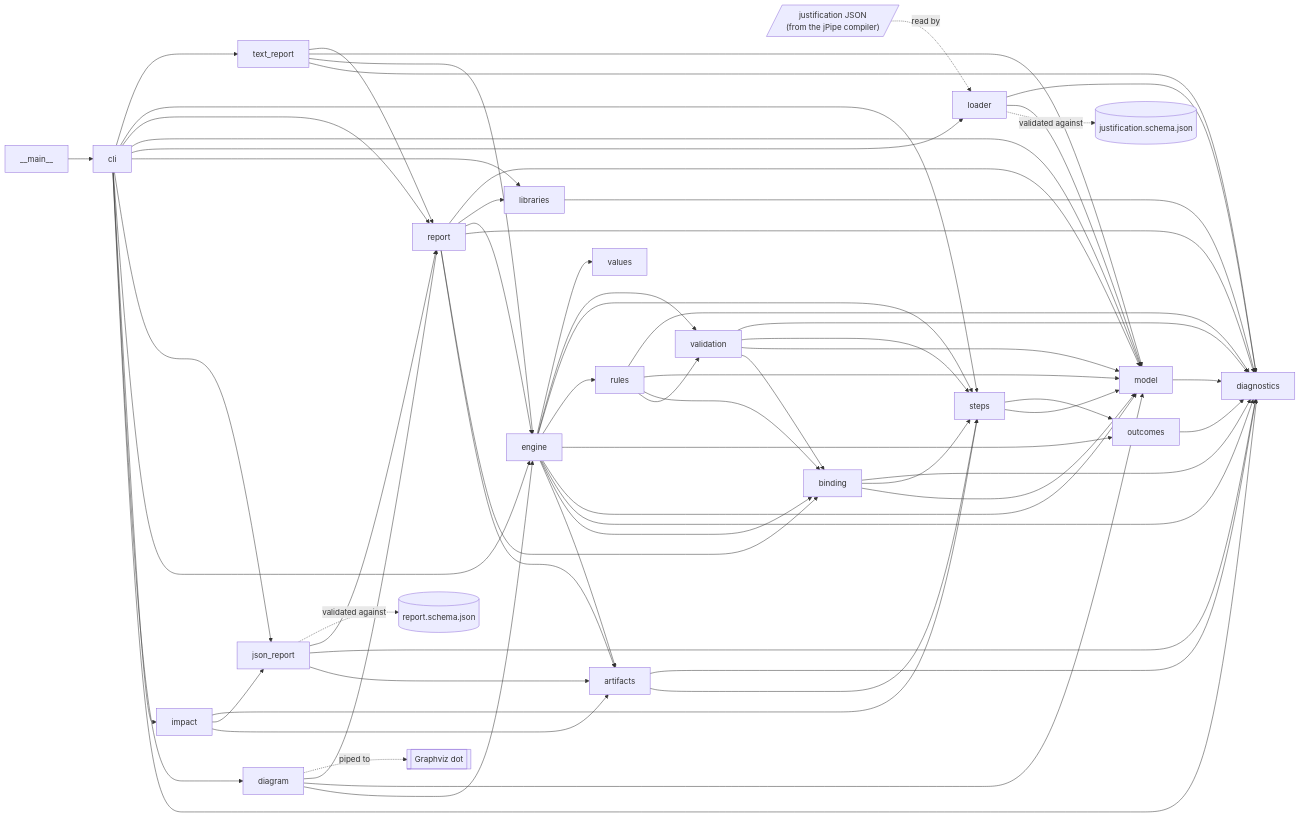
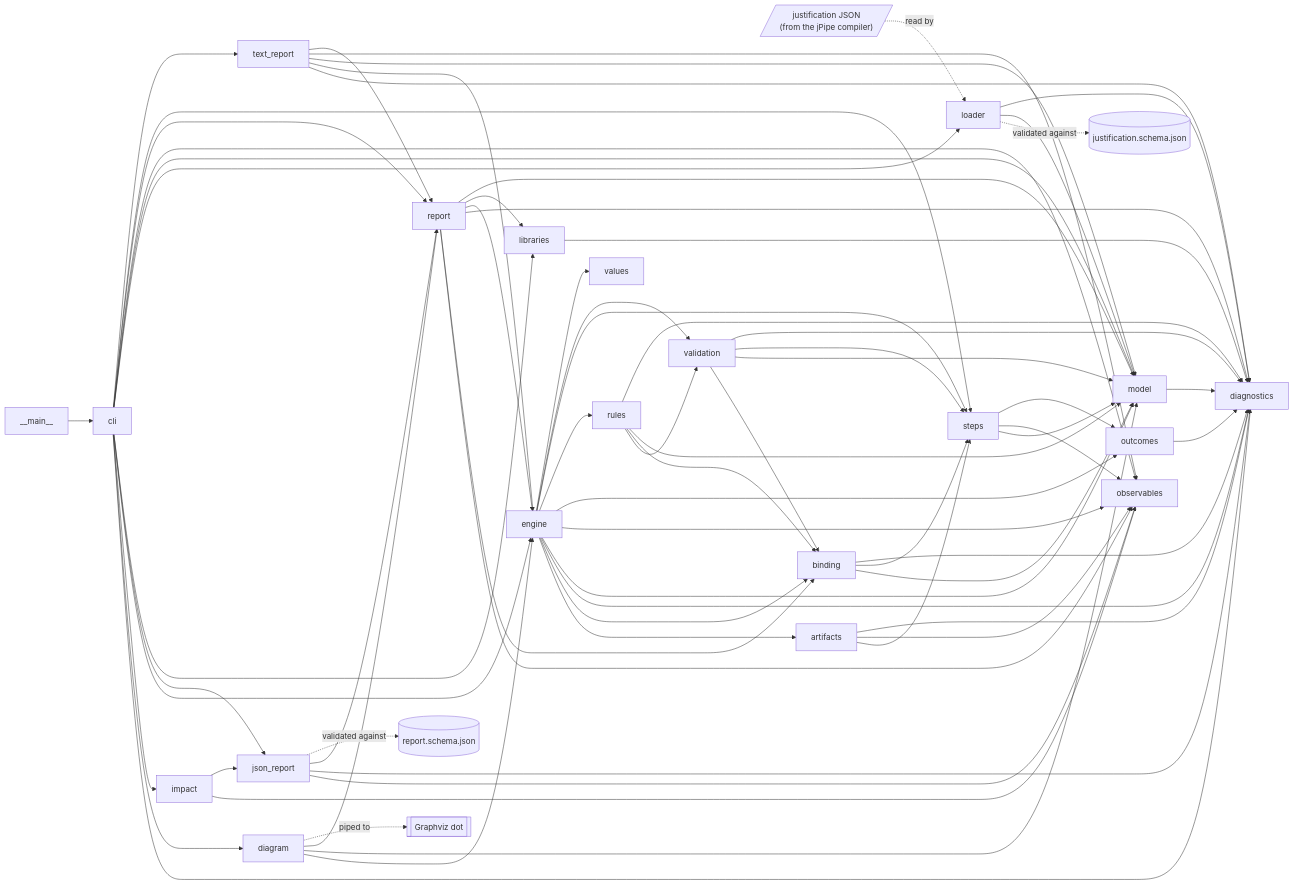
The first of 2 diagrams in docs/design.md (jpipe-mcscert/jpipe-runner), drawn with Mermaid before and after one commit. The commit also changed other lines of this file and 59 other files, not shown here.

````diff
--- a/docs/design.md
+++ b/docs/design.md
@@ -8,72 +8,76 @@
 ```mermaid
 flowchart LR
     json[/"justification JSON<br>(from the jPipe compiler)"/]
     schema[("justification.schema.json")]
     reportschema[("report.schema.json")]
 
     json -.->|read by| loader
     loader -.->|validated against| schema
     loader --> model
     loader --> diagnostics
     model --> diagnostics
     outcomes --> diagnostics
     steps --> model
+    steps --> observables
     steps --> outcomes
     values[values]
     binding --> model
     binding --> steps
     binding --> diagnostics
     validation --> binding
     validation --> model
     validation --> steps
     validation --> diagnostics
     rules --> validation
     rules --> binding
     rules --> model
     rules --> diagnostics
     artifacts --> steps
+    artifacts --> observables
     artifacts --> diagnostics
     libraries --> diagnostics
     engine --> artifacts
     engine --> binding
     engine --> diagnostics
     engine --> model
+    engine --> observables
     engine --> outcomes
     engine --> rules
     engine --> steps
     engine --> validation
     engine --> values
-    report --> artifacts
+    report --> observables
     report --> binding
     report --> diagnostics
     report --> engine
     report --> libraries
     report --> model
     diagram --> engine
     diagram --> model
     diagram --> report
     diagram -.->|piped to| dot[["Graphviz dot"]]
-    json_report --> artifacts
+    json_report --> observables
     json_report --> diagnostics
     json_report --> report
     json_report -.->|validated against| reportschema
     text_report --> diagnostics
     text_report --> engine
     text_report --> model
+    text_report --> observables
     text_report --> report
-    impact --> artifacts
+    impact --> observables
     impact --> json_report
-    impact --> steps
     cli --> diagnostics
     cli --> diagram
     cli --> impact
     cli --> engine
     cli --> json_report
     cli --> libraries
     cli --> loader
     cli --> model
+    cli --> observables
     cli --> report
     cli --> steps
     cli --> text_report
     __main__ --> cli
 ```
````
